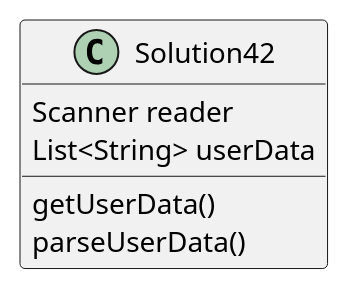
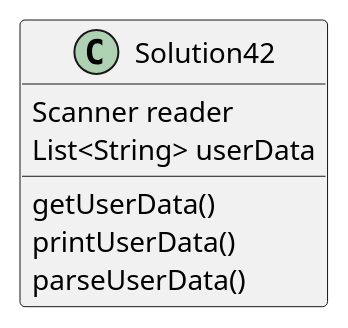
One commit to RandyRoberts99/roberts-a04 changed the diagram in exercise42/docs/Solution42Diagram.puml. Above: the diagram before and after it, drawn with PlantUML. The commit also changed 3 other files, not shown here.

```diff
--- a/exercise42/docs/Solution42Diagram.puml
+++ b/exercise42/docs/Solution42Diagram.puml
@@ -1,11 +1,12 @@
 @startuml
 'https://plantuml.com/class-diagram
 
 class Solution42 {
 Scanner reader
 List<String> userData
 
 getUserData()
+printUserData()
 parseUserData()
 }
 @enduml
```
